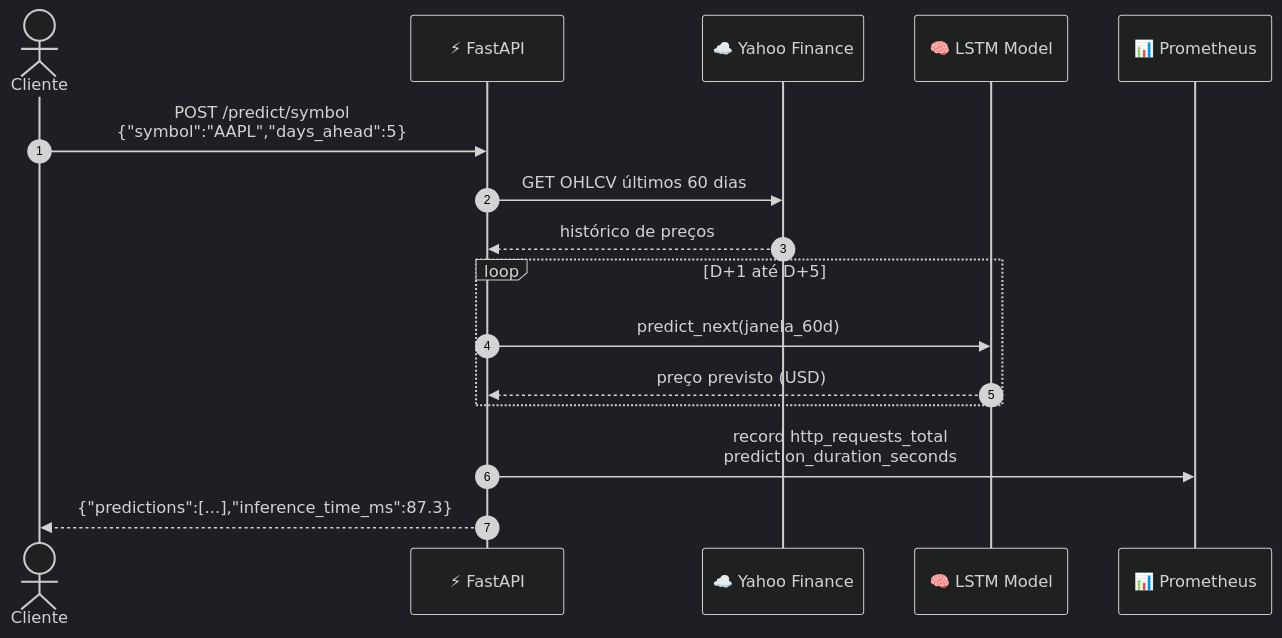
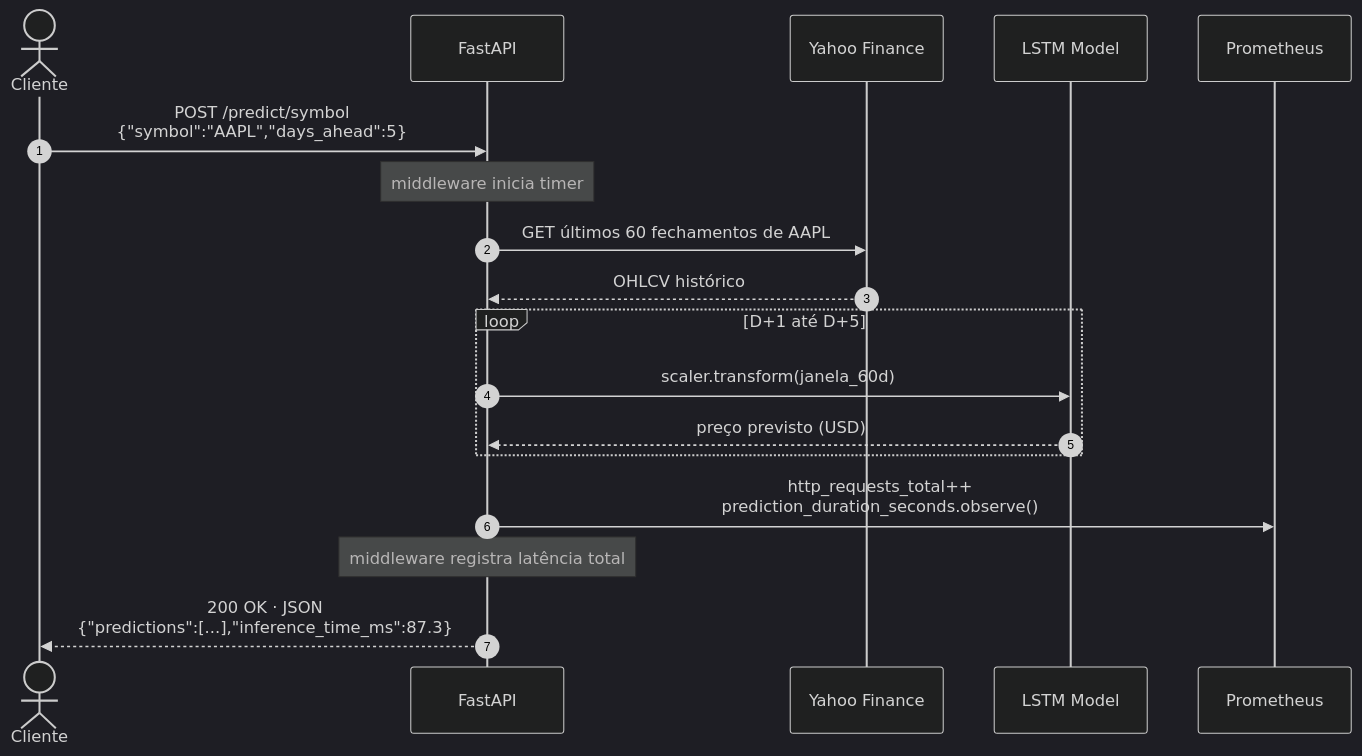
Before and after one commit to dionebraga/Pos_Tech_MLET-Fase-4: the fourth of 7 diagrams in README.md, drawn with Mermaid (dark theme). The commit also changed other lines of this file, not shown here.

First line of the commit message:
README: level-max visual upgrade — mindmap index, 3-step quickstart flow, layered architecture

````diff
--- a/README.md
+++ b/README.md
@@ -257,19 +274,25 @@
 ```mermaid
 sequenceDiagram
     autonumber
-    actor Cliente
-    participant API as ⚡ FastAPI
-    participant YF  as ☁️ Yahoo Finance
-    participant ML  as 🧠 LSTM Model
-    participant PM  as 📊 Prometheus
+    actor 👤 as Cliente
+    participant 🚀 as FastAPI
+    participant ☁️ as Yahoo Finance
+    participant 🧠 as LSTM Model
+    participant 📊 as Prometheus
 
-    Cliente->>API: POST /predict/symbol<br/>{"symbol":"AAPL","days_ahead":5}
-    API->>YF: GET OHLCV últimos 60 dias
-    YF-->>API: histórico de preços
+    👤 ->> 🚀 : POST /predict/symbol<br/>{"symbol":"AAPL","days_ahead":5}
+    Note over 🚀: middleware inicia timer
+
+    🚀 ->> ☁️ : GET últimos 60 fechamentos de AAPL
+    ☁️ -->> 🚀 : OHLCV histórico
+
     loop D+1 até D+5
-        API->>ML: predict_next(janela_60d)
-        ML-->>API: preço previsto (USD)
+        🚀 ->> 🧠 : scaler.transform(janela_60d)
+        🧠 -->> 🚀 : preço previsto (USD)
     end
-    API->>PM: record http_requests_total<br/>prediction_duration_seconds
-    API-->>Cliente: {"predictions":[...],"inference_time_ms":87.3}
+
+    🚀 ->> 📊 : http_requests_total++<br/>prediction_duration_seconds.observe()
+    Note over 🚀: middleware registra latência total
+
+    🚀 -->> 👤 : 200 OK · JSON<br/>{"predictions":[...],"inference_time_ms":87.3}
 ```
````
